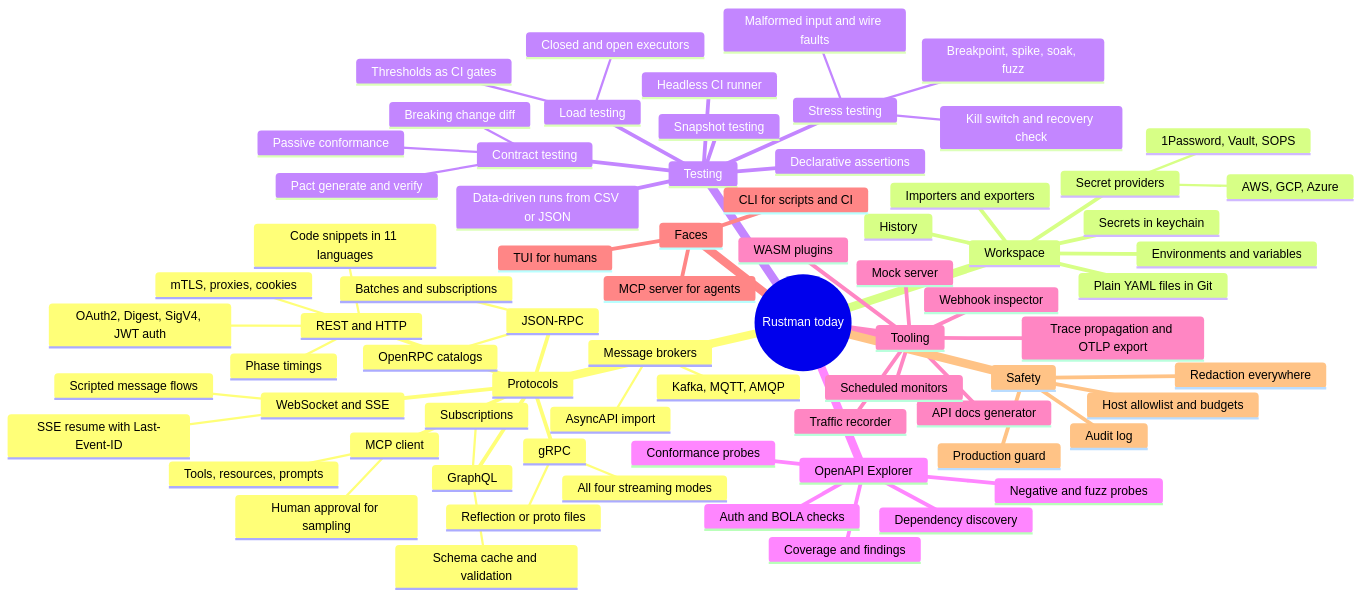
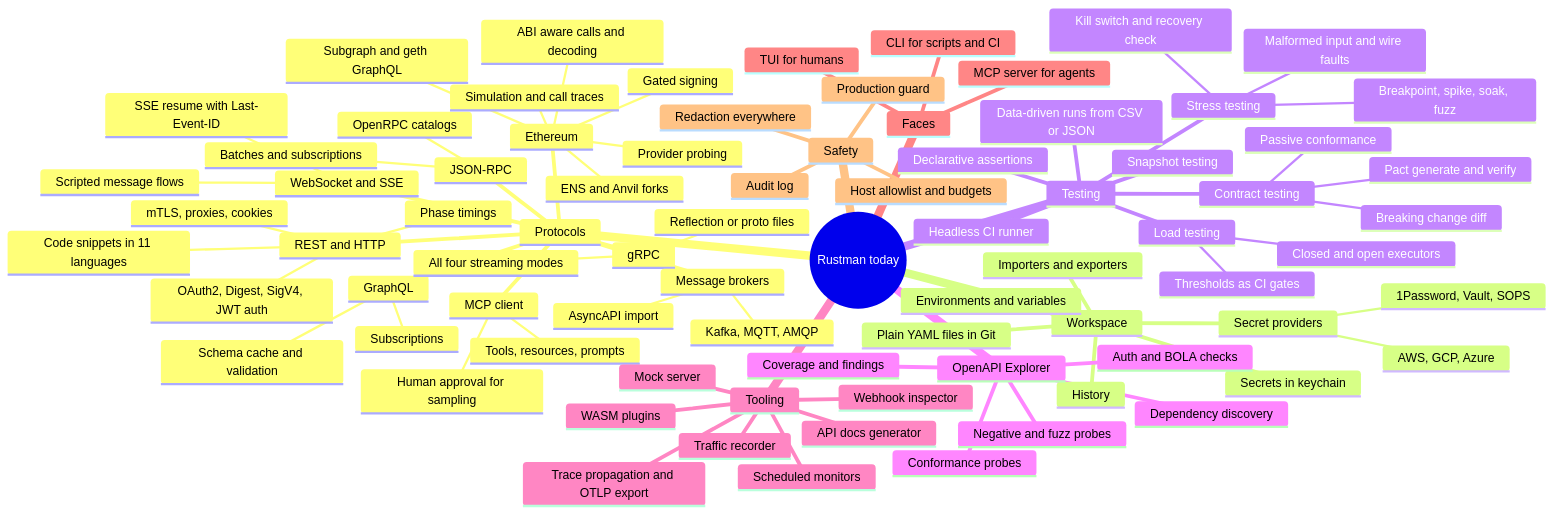
Before and after one commit to CyberdyneCorp/rustman: the first of 3 diagrams in README.md, drawn with Mermaid. The commit also changed other lines of this file and 12 other files, not shown here.

First line of the commit message:
README and roadmap: EVM toolkit done, v1.0 next

```diff
--- a/README.md
+++ b/README.md
@@ -87,6 +87,13 @@
       Message brokers
         Kafka, MQTT, AMQP
         AsyncAPI import
+      Ethereum
+        ABI aware calls and decoding
+        Simulation and call traces
+        ENS and Anvil forks
+        Provider probing
+        Subgraph and geth GraphQL
+        Gated signing
     Workspace
       Plain YAML files in Git
       Environments and variables
```
